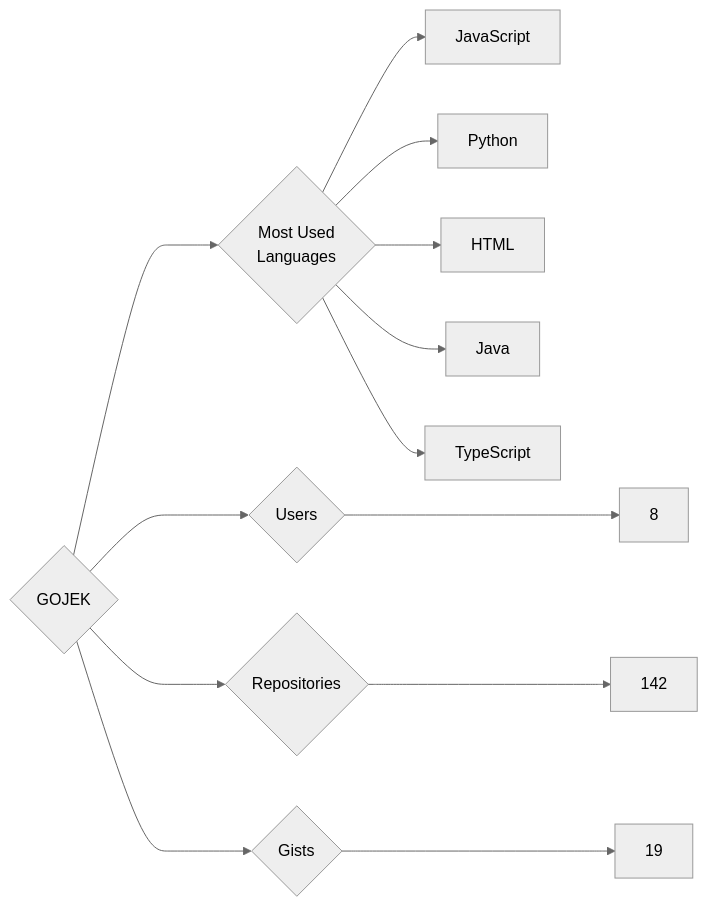
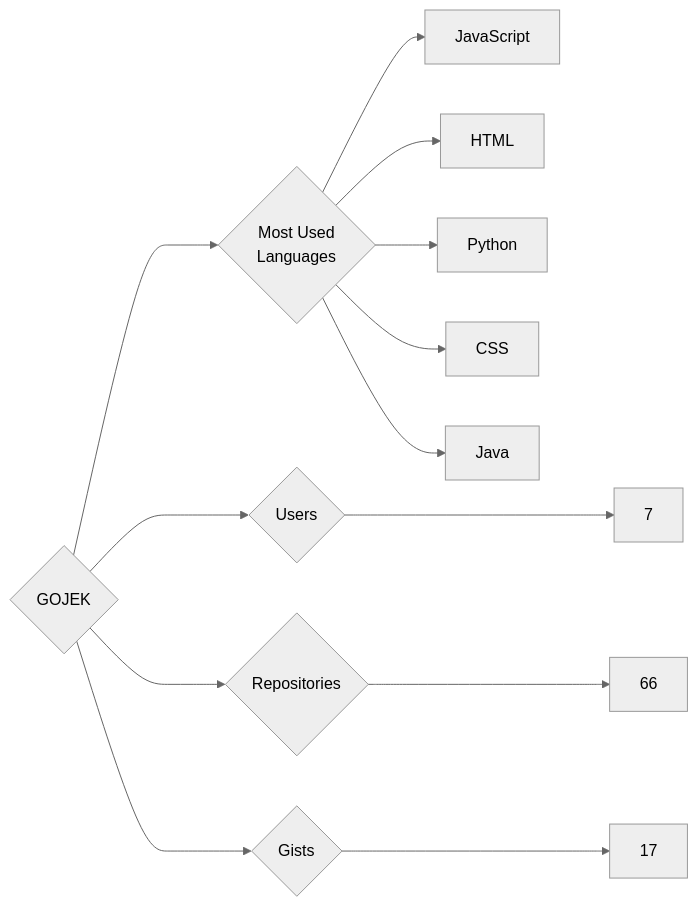
Before and after one commit to trickest/insiders: the diagram in targets/GOJEK/README.md, drawn with Mermaid (neutral theme). The commit also changed 912 other files, not shown here.

````diff
--- a/targets/GOJEK/README.md
+++ b/targets/GOJEK/README.md
@@ -3,13 +3,13 @@
 ```mermaid
 graph LR
 COMPANY_NAME{GOJEK}
-COMPANY_NAME ---> U{Users} ---> UN[8]
-COMPANY_NAME ---> R{Repositories} ---> RN[142]
-COMPANY_NAME ---> G{Gists} ---> GN[19]
+COMPANY_NAME ---> U{Users} ---> UN[7]
+COMPANY_NAME ---> R{Repositories} ---> RN[66]
+COMPANY_NAME ---> G{Gists} ---> GN[17]
 COMPANY_NAME ---> ML{Most Used<br>Languages}
 ML --> JavaScript[JavaScript]
+ML --> HTML[HTML]
 ML --> Python[Python]
-ML --> HTML[HTML]
+ML --> CSS[CSS]
 ML --> Java[Java]
-ML --> TypeScript[TypeScript]
 ```
````
